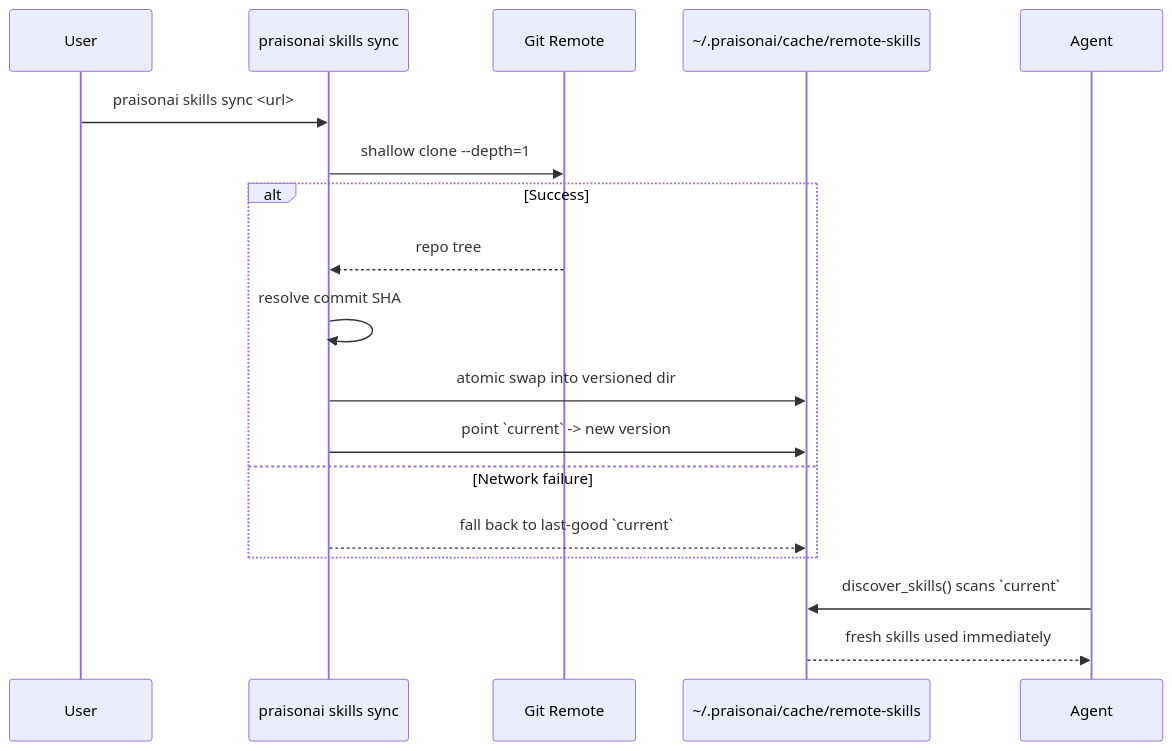
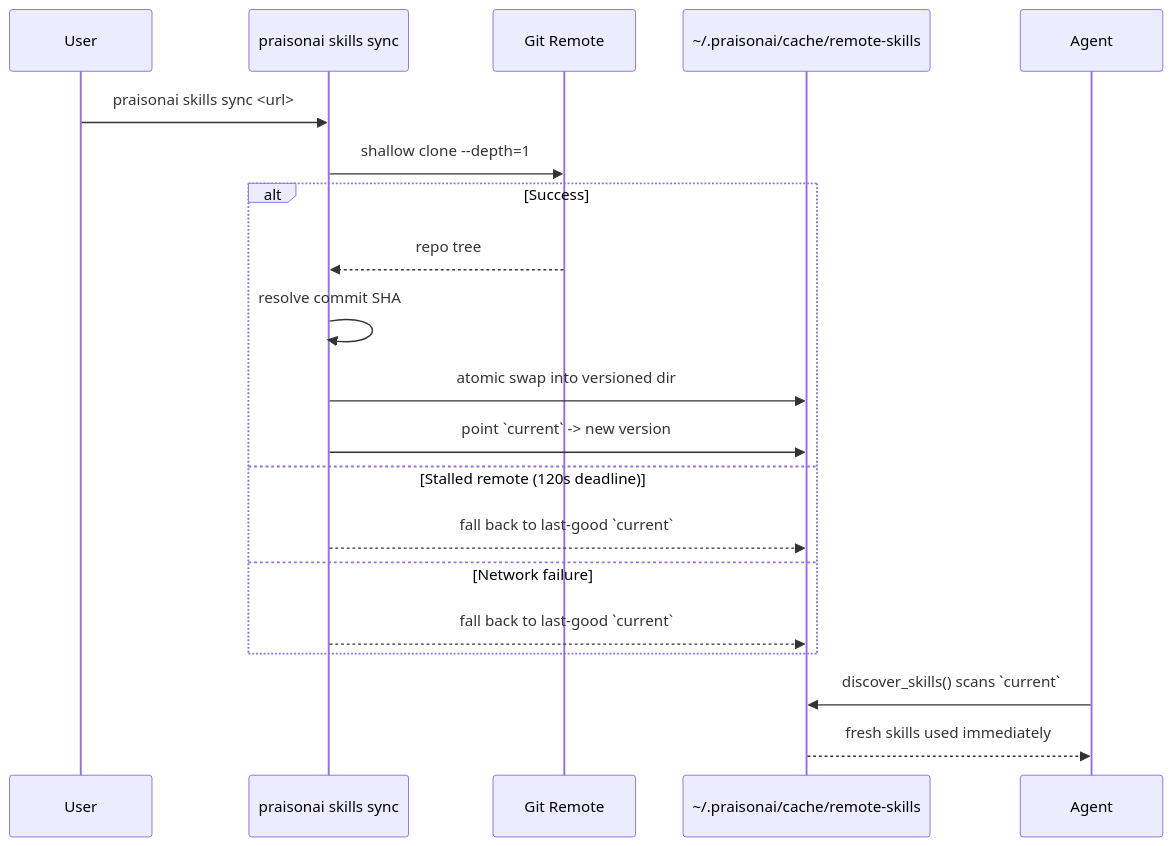
The second of 4 diagrams in docs/features/skills-remote-sources.mdx (MervinPraison/PraisonAIDocs), drawn with Mermaid before and after one commit. The commit also changed other lines of this file and 4 other files, not shown here.

````diff
--- a/docs/features/skills-remote-sources.mdx
+++ b/docs/features/skills-remote-sources.mdx
@@ -90,21 +90,23 @@
 ```mermaid
 sequenceDiagram
     participant User
     participant CLI as praisonai skills sync
     participant Git as Git Remote
     participant Cache as ~/.praisonai/cache/remote-skills
     participant Agent
 
     User->>CLI: praisonai skills sync <url>
     CLI->>Git: shallow clone --depth=1
     alt Success
         Git-->>CLI: repo tree
         CLI->>CLI: resolve commit SHA
         CLI->>Cache: atomic swap into versioned dir
         CLI->>Cache: point `current` -> new version
+    else Stalled remote (120s deadline)
+        CLI-->>Cache: fall back to last-good `current`
     else Network failure
         CLI-->>Cache: fall back to last-good `current`
     end
     Agent->>Cache: discover_skills() scans `current`
     Cache-->>Agent: fresh skills used immediately
 ```
````
